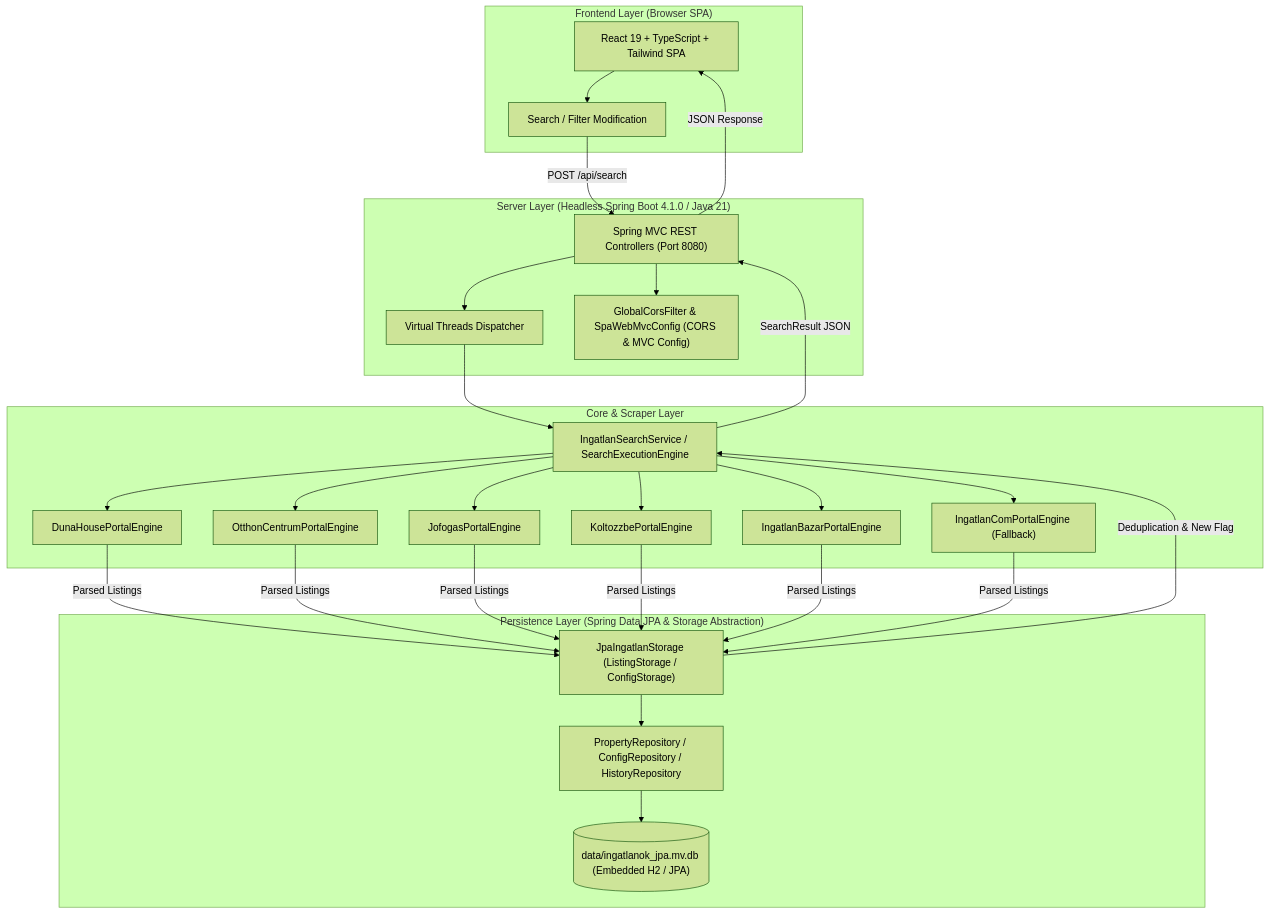
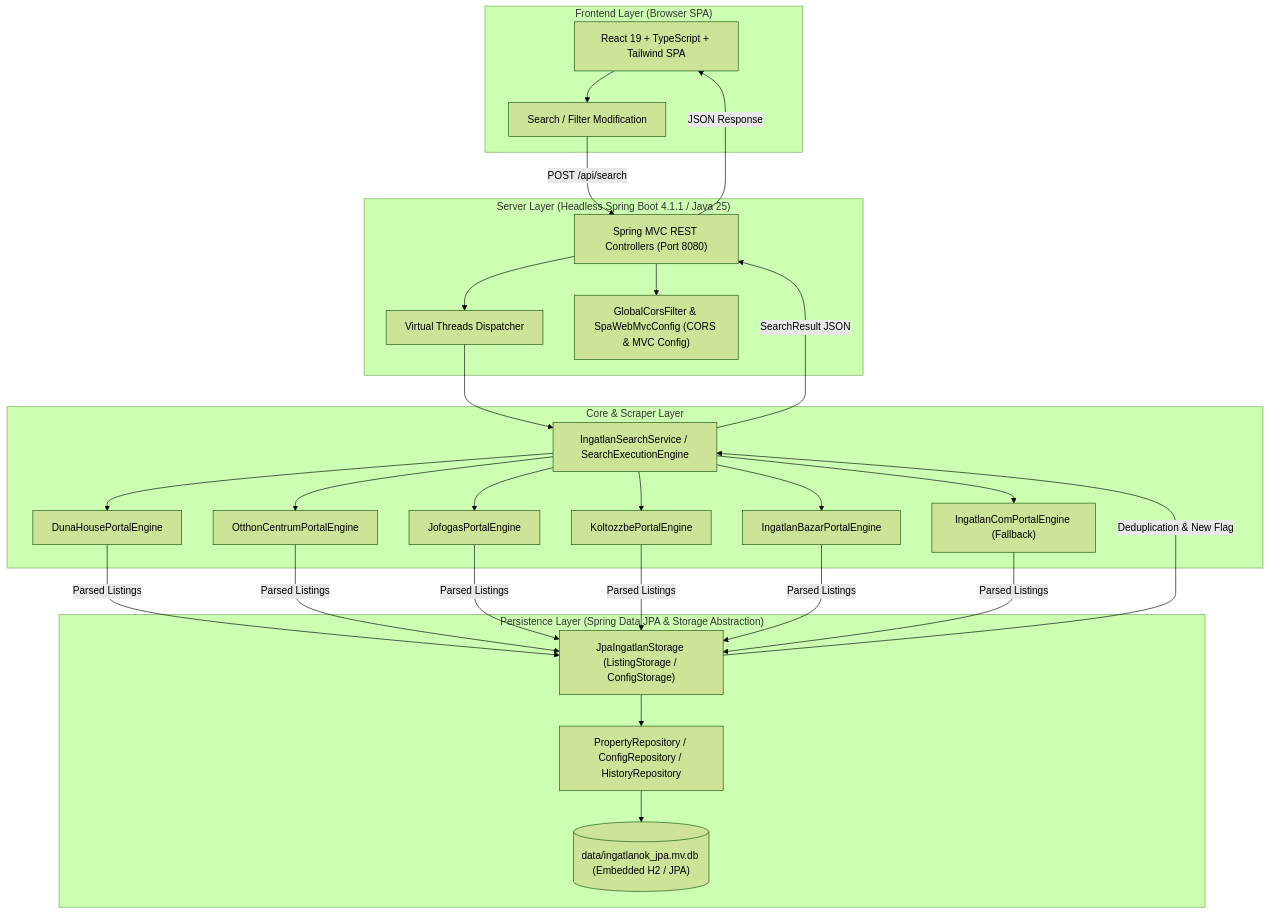
One commit to Luxeonn/ingatlan-kereso changed the diagram in gemini.md. Above: the diagram before and after it, drawn with Mermaid (forest theme). The commit also changed other lines of this file and 19 other files, not shown here.

````diff
--- a/gemini.md
+++ b/gemini.md
@@ -13,43 +13,43 @@
 ```mermaid
 flowchart TD
     subgraph UI ["Frontend Layer (Browser SPA)"]
         SPA["React 19 + TypeScript + Tailwind SPA"]
         Event["Search / Filter Modification"]
         SPA --> Event
     end
 
-    subgraph Server ["Server Layer (Headless Spring Boot 4.1.0 / Java 21)"]
+    subgraph Server ["Server Layer (Headless Spring Boot 4.1.1 / Java 25)"]
         HTTP["Spring MVC REST Controllers (Port 8080)"]
         VThread["Virtual Threads Dispatcher"]
         Cors["GlobalCorsFilter & SpaWebMvcConfig (CORS & MVC Config)"]
         HTTP --> VThread
         HTTP --> Cors
     end
 
     subgraph Service ["Core & Scraper Layer"]
         Orchestrator["IngatlanSearchService / SearchExecutionEngine"]
         P1["DunaHousePortalEngine"]
         P2["OtthonCentrumPortalEngine"]
         P3["JofogasPortalEngine"]
         P4["KoltozzbePortalEngine"]
         P5["IngatlanBazarPortalEngine"]
         P6["IngatlanComPortalEngine (Fallback)"]
         
         Orchestrator --> P1 & P2 & P3 & P4 & P5 & P6
     end
 
     subgraph Persistence ["Persistence Layer (Spring Data JPA & Storage Abstraction)"]
         Storage["JpaIngatlanStorage (ListingStorage / ConfigStorage)"]
         Repo["PropertyRepository / ConfigRepository / HistoryRepository"]
         H2[("data/ingatlanok_jpa.mv.db (Embedded H2 / JPA)")]
         
         Storage --> Repo --> H2
     end
 
     Event -->|POST /api/search| HTTP
     VThread --> Orchestrator
     P1 & P2 & P3 & P4 & P5 & P6 -->|Parsed Listings| Storage
     Storage -->|Deduplication & New Flag| Orchestrator
     Orchestrator -->|SearchResult JSON| HTTP
     HTTP -->|JSON Response| SPA
 ```
````
